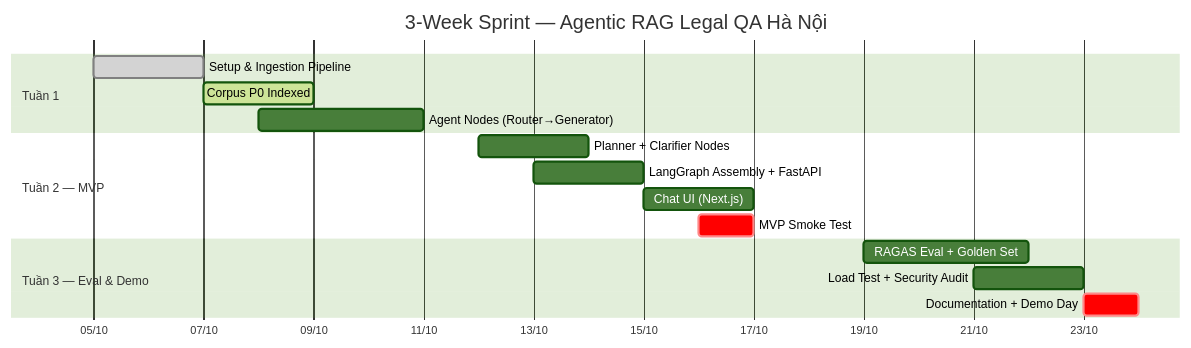
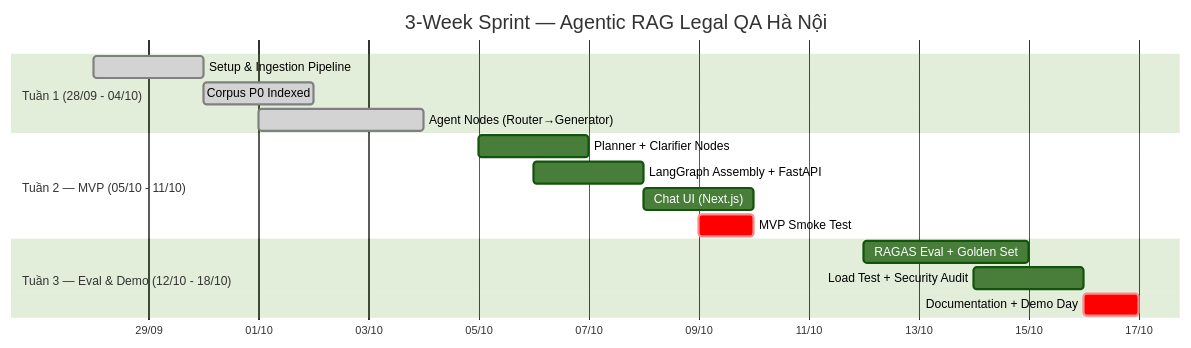
One commit to dovh25/agentic-rag-legal-qa-hanoi changed the second of 2 diagrams in docs/Brief.md. Above: the diagram before and after it, drawn with Mermaid (forest theme). The commit also changed other lines of this file and 2 other files, not shown here.

Commit message:
docs: align sprint roadmap timeline start date to 2026-09-28

````diff
--- a/docs/Brief.md
+++ b/docs/Brief.md
@@ -143,22 +143,22 @@
 ```mermaid
 gantt
     title 3-Week Sprint — Agentic RAG Legal QA Hà Nội
     dateFormat  YYYY-MM-DD
     axisFormat  %d/%m
 
-    section Tuần 1
-    Setup & Ingestion Pipeline   :done,    t1a, 2026-10-05, 2d
-    Corpus P0 Indexed            :active,  t1b, 2026-10-07, 2d
-    Agent Nodes (Router→Generator):        t1c, 2026-10-08, 3d
+    section Tuần 1 (28/09 - 04/10)
+    Setup & Ingestion Pipeline   :done,    t1a, 2026-09-28, 2d
+    Corpus P0 Indexed            :done,    t1b, 2026-09-30, 2d
+    Agent Nodes (Router→Generator):done,   t1c, 2026-10-01, 3d
 
-    section Tuần 2 — MVP
-    Planner + Clarifier Nodes    :         t2a, 2026-10-12, 2d
-    LangGraph Assembly + FastAPI :         t2b, 2026-10-13, 2d
-    Chat UI (Next.js)            :         t2c, 2026-10-15, 2d
-    MVP Smoke Test               :crit,    t2d, 2026-10-16, 1d
+    section Tuần 2 — MVP (05/10 - 11/10)
+    Planner + Clarifier Nodes    :         t2a, 2026-10-05, 2d
+    LangGraph Assembly + FastAPI :         t2b, 2026-10-06, 2d
+    Chat UI (Next.js)            :         t2c, 2026-10-08, 2d
+    MVP Smoke Test               :crit,    t2d, 2026-10-09, 1d
 
-    section Tuần 3 — Eval & Demo
-    RAGAS Eval + Golden Set      :         t3a, 2026-10-19, 3d
-    Load Test + Security Audit   :         t3b, 2026-10-21, 2d
-    Documentation + Demo Day     :crit,    t3c, 2026-10-23, 1d
+    section Tuần 3 — Eval & Demo (12/10 - 18/10)
+    RAGAS Eval + Golden Set      :         t3a, 2026-10-12, 3d
+    Load Test + Security Audit   :         t3b, 2026-10-14, 2d
+    Documentation + Demo Day     :crit,    t3c, 2026-10-16, 1d
 ```
````
